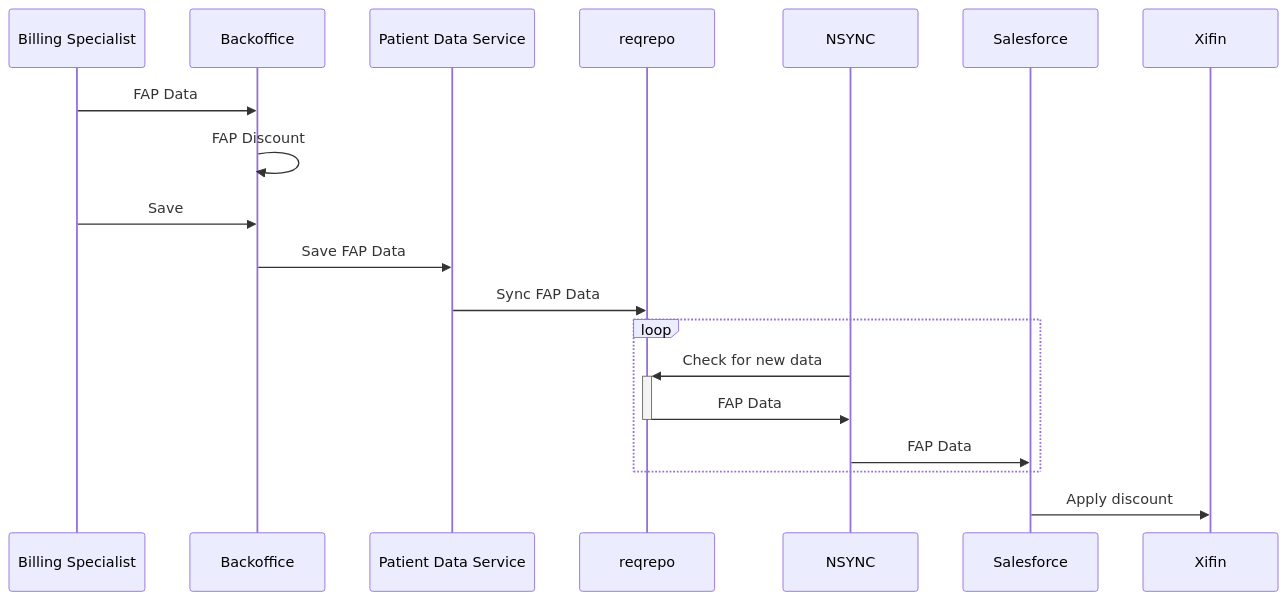
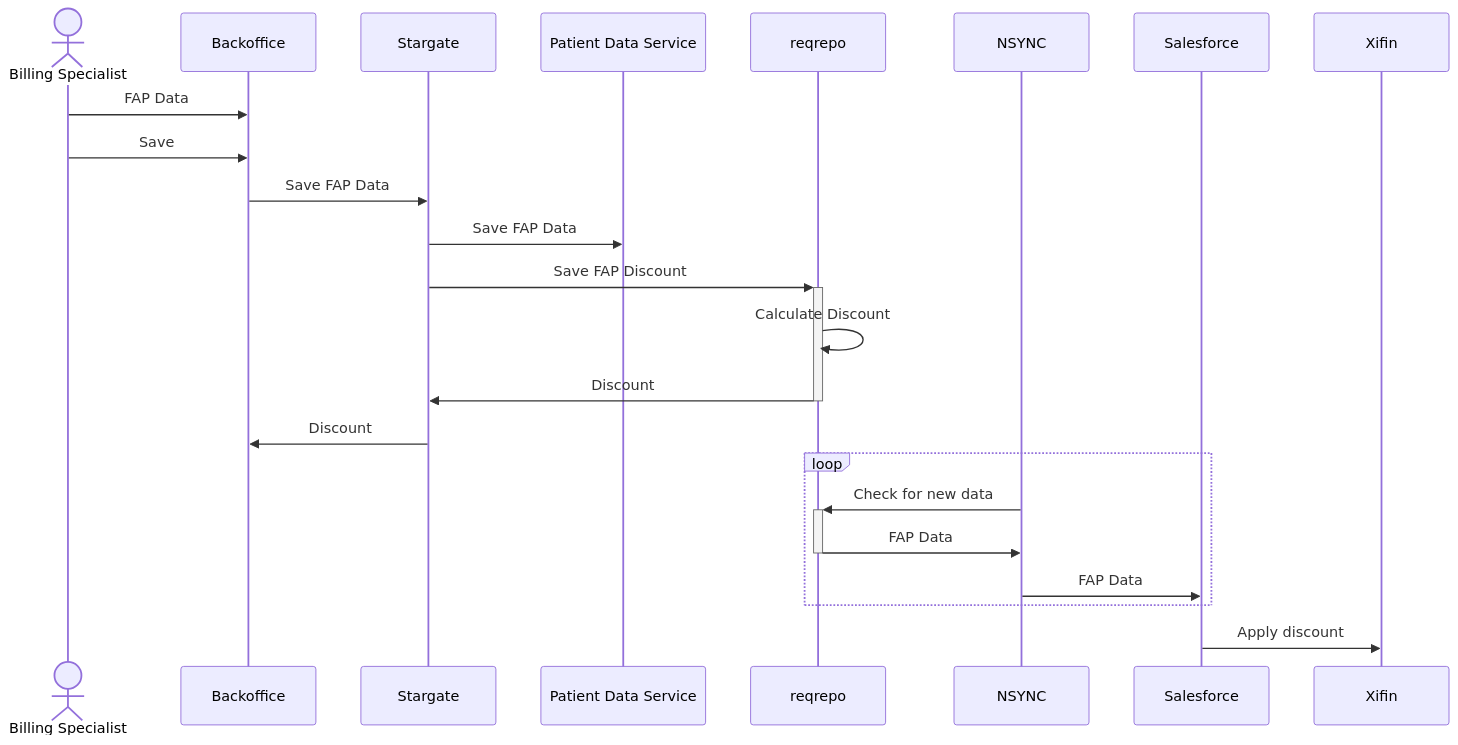
One commit to jd-brennan/doc changed the diagram in fap/tdd.md. Above: the diagram before and after it, drawn with Mermaid. The commit also changed other lines of this file and 2 other files, not shown here.

Commit message:
FAP TDD updates

````diff
--- a/fap/tdd.md
+++ b/fap/tdd.md
@@ -101,23 +111,28 @@
 ```mermaid
 sequenceDiagram
-    participant BS as Billing Specialist
+    actor BS as Billing Specialist
     participant BO as Backoffice
+    participant SG as Stargate
     participant PD as Patient Data Service
     participant RR as reqrepo
     participant NS as NSYNC
     participant SF as Salesforce
     participant XI as Xifin
 
     BS->>BO: FAP Data
-    BO->>BO: FAP Discount
     BS->>BO: Save
-    BO->>PD: Save FAP Data
-    PD->>RR: Sync FAP Data
+    BO->>SG: Save FAP Data
+    SG->>PD: Save FAP Data
+    SG->>+RR: Save FAP Discount
+    RR->>RR: Calculate Discount
+    RR->>-SG: Discount
+    SG->>BO: Discount
+
     loop
         NS->>+RR: Check for new data
         RR->>-NS: FAP Data
         NS->>SF: FAP Data
     end
     SF->>XI: Apply discount
 
 ```
````
